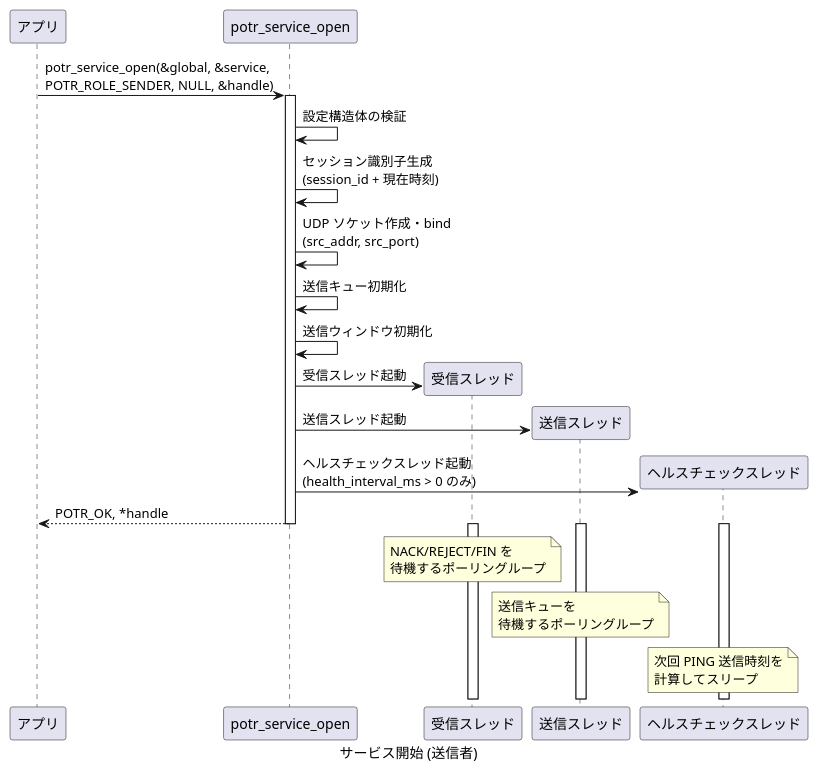
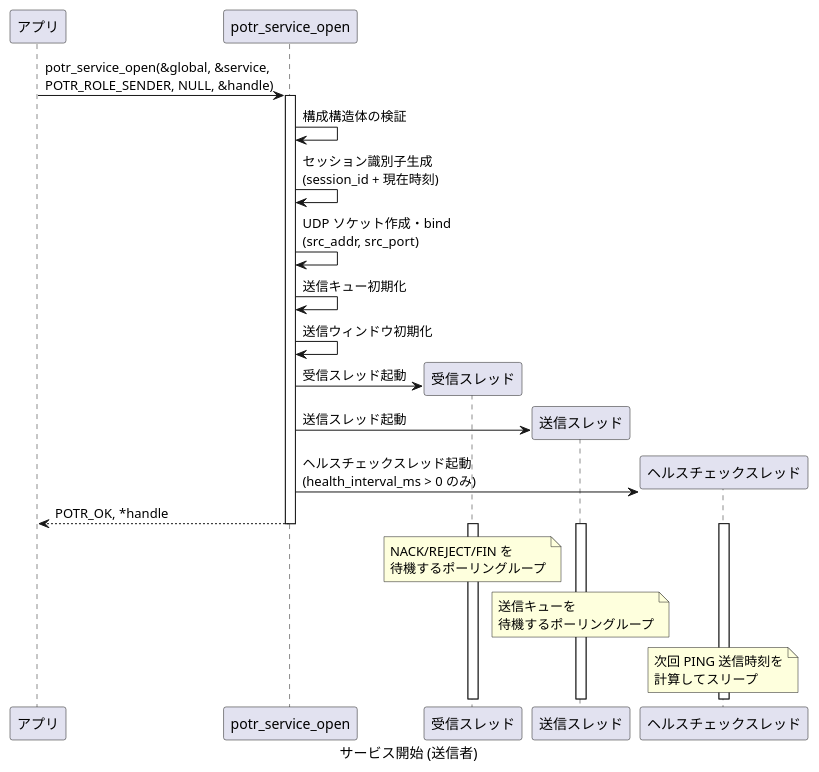
One commit to Hondarer/app_porter changed the first of 6 diagrams in docs/sequence-lifecycle.md. Above: the diagram before and after it, drawn with PlantUML. The commit also changed other lines of this file and 39 other files, not shown here.

````diff
--- a/docs/sequence-lifecycle.md
+++ b/docs/sequence-lifecycle.md
@@ -9,36 +9,36 @@
 ```plantuml
 @startuml サービス開始 (送信者)
 caption サービス開始 (送信者)
 
 participant "アプリ" as APP
 participant "potr_service_open" as OPEN
 participant "受信スレッド" as RT
 participant "送信スレッド" as ST
 participant "ヘルスチェックスレッド" as HT
 
 APP -> OPEN: potr_service_open(&global, &service,\nPOTR_ROLE_SENDER, NULL, &handle)
 
 activate OPEN
-OPEN -> OPEN: 設定構造体の検証
+OPEN -> OPEN: 構成構造体の検証
 OPEN -> OPEN: セッション識別子生成\n(session_id + 現在時刻)
 OPEN -> OPEN: UDP ソケット作成・bind\n(src_addr, src_port)
 OPEN -> OPEN: 送信キュー初期化
 OPEN -> OPEN: 送信ウィンドウ初期化
 
 OPEN -> RT**: 受信スレッド起動
 OPEN -> ST**: 送信スレッド起動
 OPEN -> HT**: ヘルスチェックスレッド起動\n(health_interval_ms > 0 のみ)
 
 OPEN --> APP: POTR_OK, *handle
 deactivate OPEN
 
 activate RT
 activate ST
 activate HT
 
 note over RT: NACK/REJECT/FIN を\n待機するポーリングループ
 note over ST: 送信キューを\n待機するポーリングループ
 note over HT: 次回 PING 送信時刻を\n計算してスリープ
 
 @enduml
 ```
````
